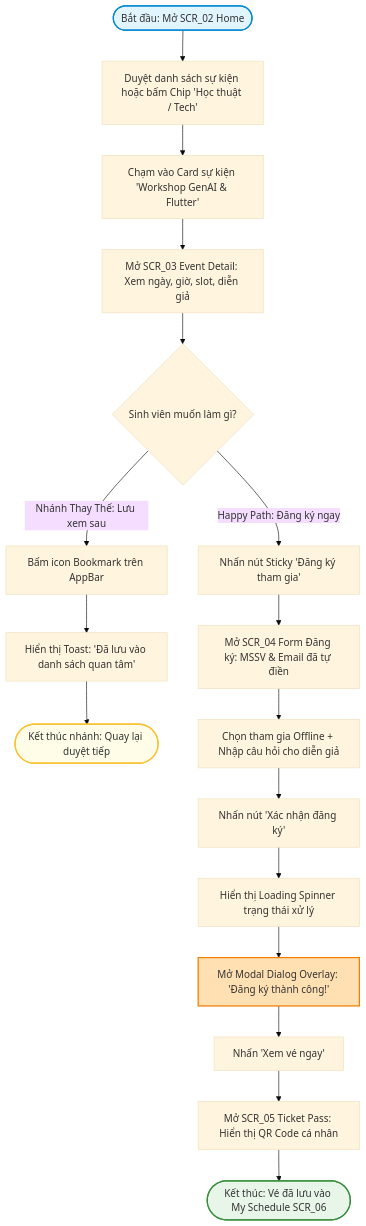
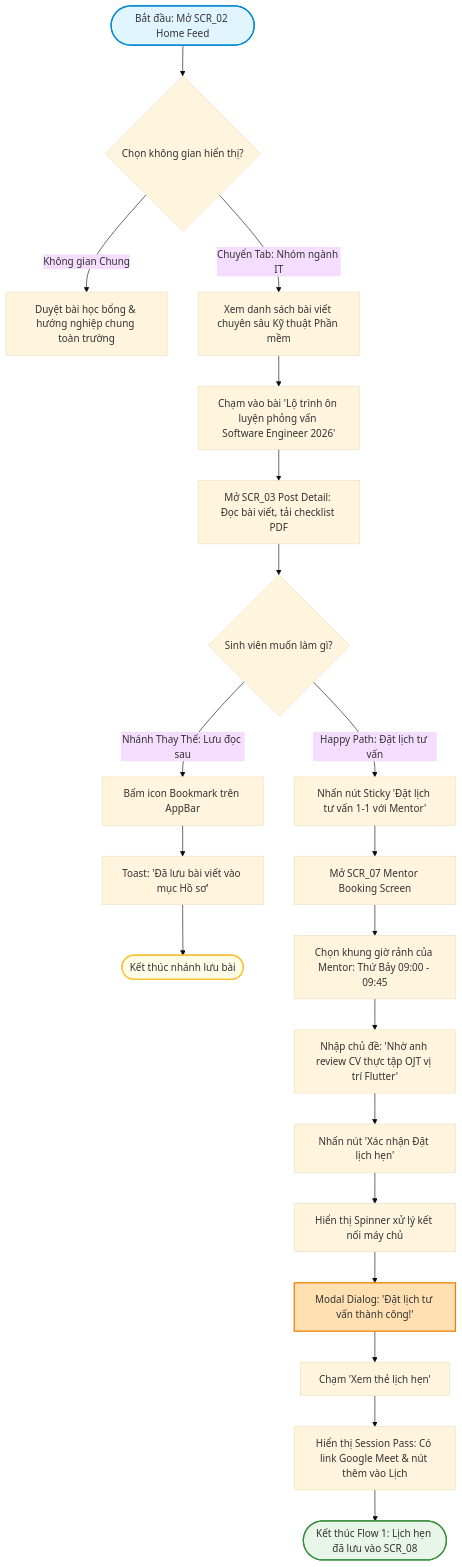
Before and after one commit to chstrg2208/PRN-LAB-2-: the second of 4 diagrams in ux/user-flow.md, drawn with Mermaid (base theme). The commit also changed other lines of this file and 17 other files, not shown here.

````diff
--- a/ux/user-flow.md
+++ b/ux/user-flow.md
@@ -75,28 +73,32 @@
 ```mermaid
 flowchart TD
-    Start([Bắt đầu: Mở SCR_02 Home]) --> Browse[Duyệt danh sách sự kiện hoặc bấm Chip 'Học thuật / Tech']
-    Browse --> SelectEvent[Chạm vào Card sự kiện 'Workshop GenAI & Flutter']
-    SelectEvent --> ViewDetail[Mở SCR_03 Event Detail: Xem ngày, giờ, slot, diễn giả]
+    Start([Bắt đầu: Mở SCR_02 Home Feed]) --> SwitchSpace{Chọn không gian hiển thị?}
     
-    ViewDetail --> Decision{Sinh viên muốn làm gì?}
+    SwitchSpace -- Không gian Chung --> ViewGeneral[Duyệt bài học bổng & hướng nghiệp chung toàn trường]
+    SwitchSpace -- Chuyển Tab: Nhóm ngành IT --> ViewMajor[Xem danh sách bài viết chuyên sâu Kỹ thuật Phần mềm]
     
-    Decision -- Nhánh Thay Thế: Lưu xem sau --> Bookmark[Bấm icon Bookmark trên AppBar]
-    Bookmark --> SavedFeedback[Hiển thị Toast: 'Đã lưu vào danh sách quan tâm']
-    SavedFeedback --> EndAlt([Kết thúc nhánh: Quay lại duyệt tiếp])
+    ViewMajor --> ClickPost[Chạm vào bài 'Lộ trình ôn luyện phỏng vấn Software Engineer 2026']
+    ClickPost --> OpenDetail[Mở SCR_03 Post Detail: Đọc bài viết, tải checklist PDF]
     
-    Decision -- Happy Path: Đăng ký ngay --> ClickRSVP[Nhấn nút Sticky 'Đăng ký tham gia']
-    ClickRSVP --> OpenForm[Mở SCR_04 Form Đăng ký: MSSV & Email đã tự điền]
-    OpenForm --> FillInput[Chọn tham gia Offline + Nhập câu hỏi cho diễn giả]
-    FillInput --> SubmitForm[Nhấn nút 'Xác nhận đăng ký']
+    OpenDetail --> DecisionPost{Sinh viên muốn làm gì?}
+    DecisionPost -- Nhánh Thay Thế: Lưu đọc sau --> BookmarkAction[Bấm icon Bookmark trên AppBar]
+    BookmarkAction --> BookmarkToast[Toast: 'Đã lưu bài viết vào mục Hồ sơ']
+    BookmarkToast --> EndAlt([Kết thúc nhánh lưu bài])
     
-    SubmitForm --> ShowLoading[Hiển thị Loading Spinner trạng thái xử lý]
-    ShowLoading --> ShowDialog[Mở Modal Dialog Overlay: 'Đăng ký thành công!']
-    ShowDialog --> ClickViewTicket[Nhấn 'Xem vé ngay']
-    ClickViewTicket --> OpenTicket[Mở SCR_05 Ticket Pass: Hiển thị QR Code cá nhân]
-    OpenTicket --> EndHappy([Kết thúc: Vé đã lưu vào My Schedule SCR_06])
+    DecisionPost -- Happy Path: Đặt lịch tư vấn --> ClickBookMentor[Nhấn nút Sticky 'Đặt lịch tư vấn 1-1 với Mentor']
+    ClickBookMentor --> OpenBooking[Mở SCR_07 Mentor Booking Screen]
+    OpenBooking --> PickSlot[Chọn khung giờ rảnh của Mentor: Thứ Bảy 09:00 - 09:45]
+    PickSlot --> InputTopic[Nhập chủ đề: 'Nhờ anh review CV thực tập OJT vị trí Flutter']
+    InputTopic --> SubmitBooking[Nhấn nút 'Xác nhận Đặt lịch hẹn']
+    
+    SubmitBooking --> ShowLoading[Hiển thị Spinner xử lý kết nối máy chủ]
+    ShowLoading --> SuccessModal[Modal Dialog: 'Đặt lịch tư vấn thành công!']
+    SuccessModal --> ViewPass[Chạm 'Xem thẻ lịch hẹn']
+    ViewPass --> ShowSessionPass[Hiển thị Session Pass: Có link Google Meet & nút thêm vào Lịch]
+    ShowSessionPass --> EndHappy([Kết thúc Flow 1: Lịch hẹn đã lưu vào SCR_08])
 
     style Start fill:#e1f5fe,stroke:#0288d1,stroke-width:2px
     style EndHappy fill:#e8f5e9,stroke:#388e3c,stroke-width:2px
     style EndAlt fill:#fffde7,stroke:#fbc02d,stroke-width:2px
-    style ShowDialog fill:#ffe0b2,stroke:#f57c00,stroke-width:2px
+    style SuccessModal fill:#ffe0b2,stroke:#f57c00,stroke-width:2px
 ```
````
